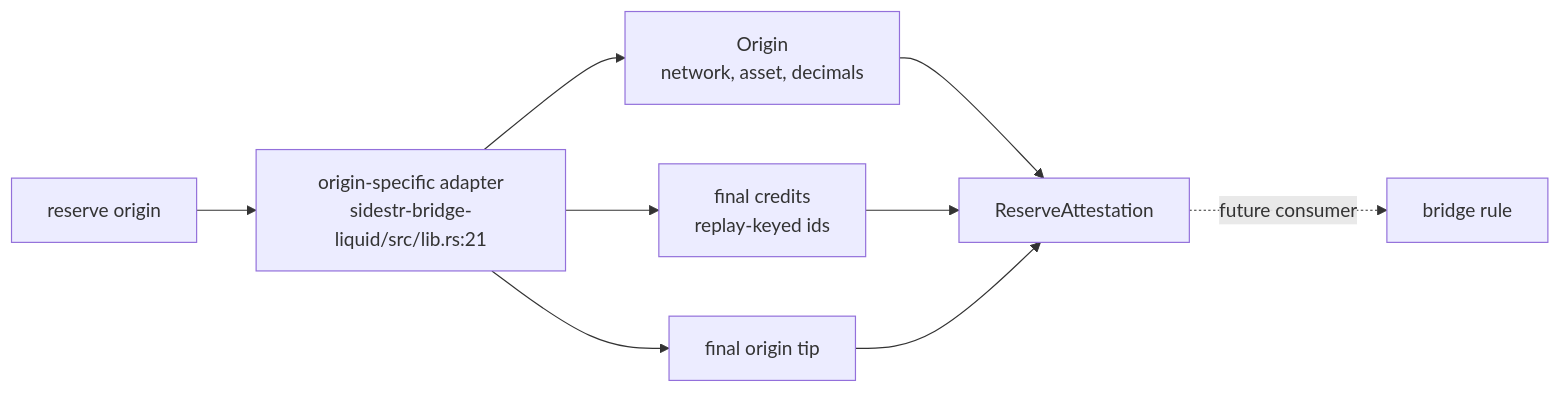
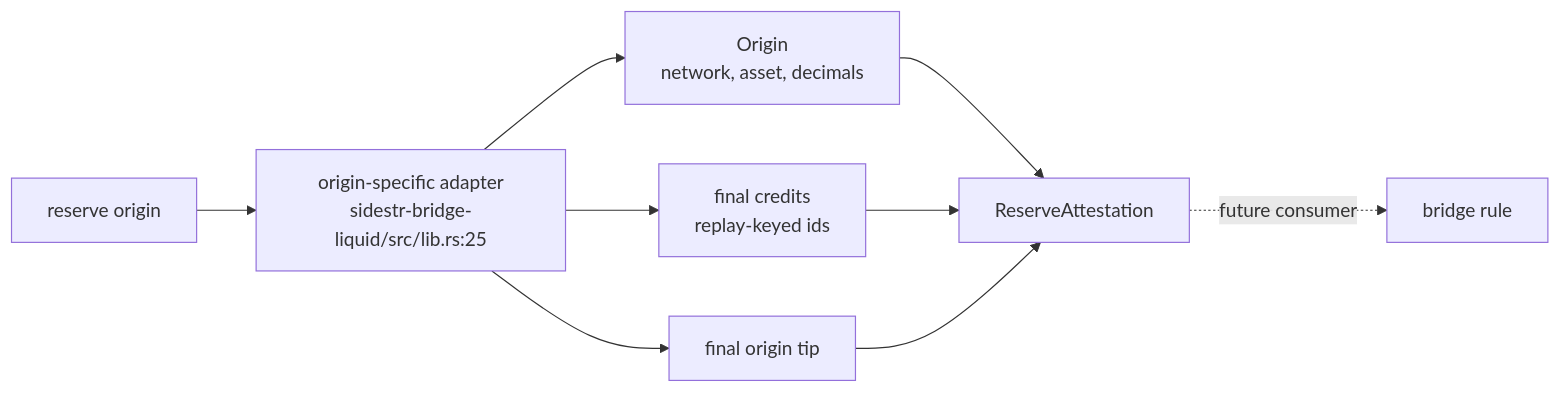
One commit to DreamLab-AI/VisionFlow changed the first of 3 diagrams in docs/diagrams/sidestr-rs/05-reserve-attestation-and-liquid-adapter.md. Above: the diagram before and after it, drawn with Mermaid. The commit also changed other lines of this file and 21 other files, not shown here.

Commit message:
docs(diagrams): refresh first verified estate batch

````diff
--- a/docs/diagrams/sidestr-rs/05-reserve-attestation-and-liquid-adapter.md
+++ b/docs/diagrams/sidestr-rs/05-reserve-attestation-and-liquid-adapter.md
@@ -28,11 +28,11 @@
 ```mermaid
 flowchart LR
-    O["reserve origin"] --> AD["origin-specific adapter<br/>sidestr-bridge-liquid/src/lib.rs:21"]
+    O["reserve origin"] --> AD["origin-specific adapter<br/>sidestr-bridge-liquid/src/lib.rs:25"]
     AD --> OR["Origin<br/>network, asset, decimals"]
     AD --> CR["final credits<br/>replay-keyed ids"]
     AD --> TIP["final origin tip"]
     OR --> AT["ReserveAttestation"]
     CR --> AT
     TIP --> AT
     AT -. "future consumer" .-> BR["bridge rule"]
 ```
````
